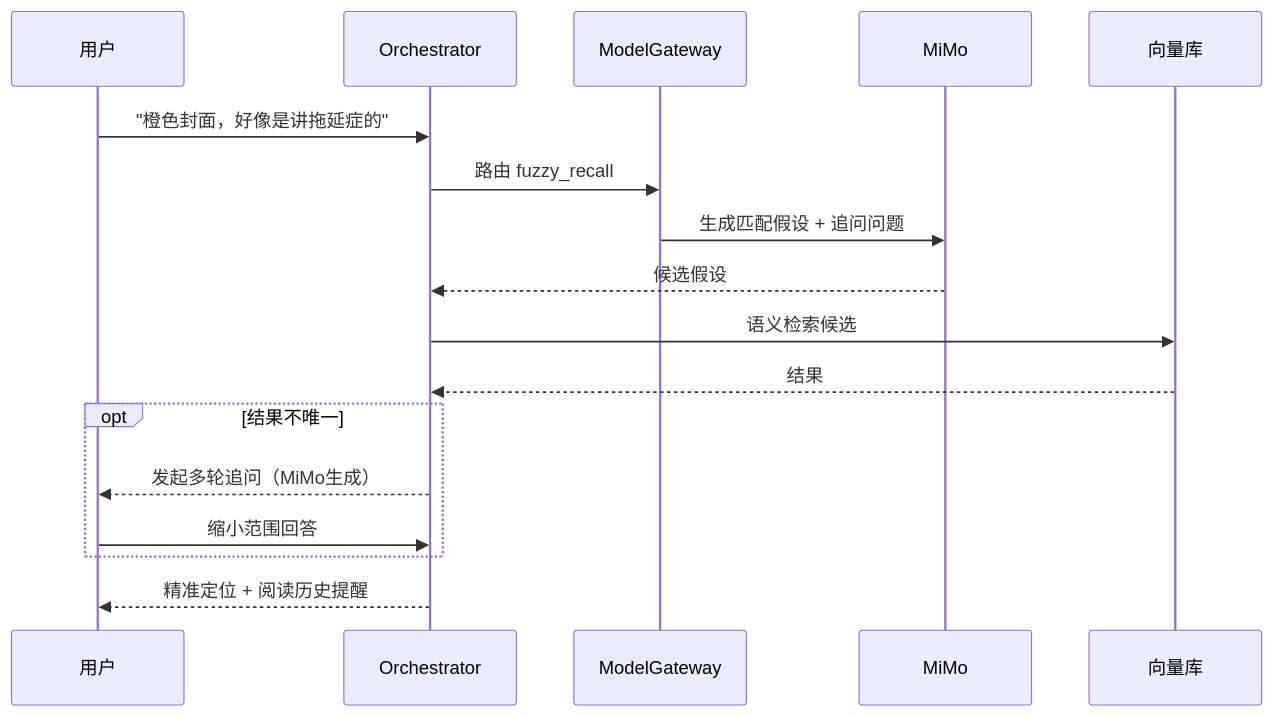
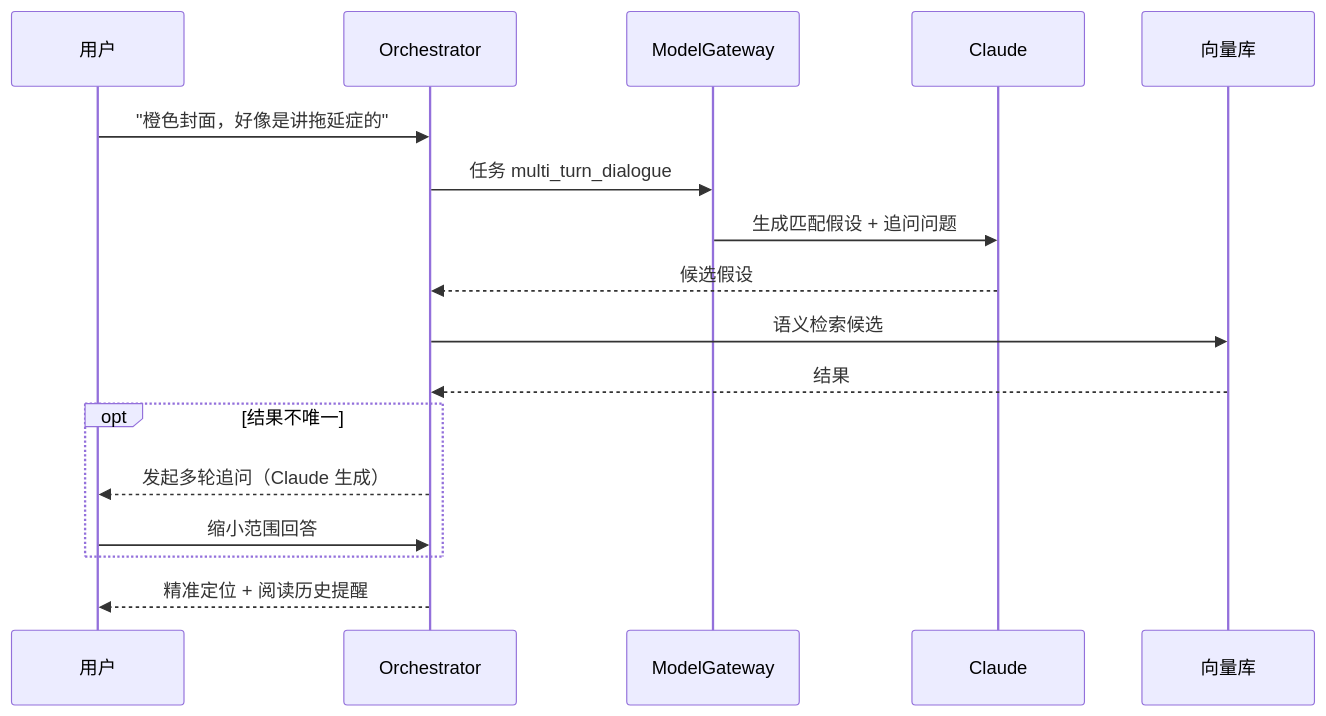
Before and after one commit to Curtainorange/knowledge-agent: the fourth of 8 diagrams in docs/系统设计文档.md, drawn with Mermaid. The commit also changed other lines of this file and 1 other file, not shown here.

First line of the commit message:
docs: 需求分析与系统设计改为单一 Claude 模型架构

````diff
--- a/docs/系统设计文档.md
+++ b/docs/系统设计文档.md
@@ -385,20 +381,20 @@
 ```mermaid
 sequenceDiagram
     participant U as 用户
     participant O as Orchestrator
     participant G as ModelGateway
-    participant M as MiMo
+    participant M as Claude
     participant V as 向量库
 
     U->>O: "橙色封面，好像是讲拖延症的"
-    O->>G: 路由 fuzzy_recall
+    O->>G: 任务 multi_turn_dialogue
     G->>M: 生成匹配假设 + 追问问题
     M-->>O: 候选假设
     O->>V: 语义检索候选
     V-->>O: 结果
     opt 结果不唯一
-        O-->>U: 发起多轮追问（MiMo生成）
+        O-->>U: 发起多轮追问（Claude 生成）
         U->>O: 缩小范围回答
     end
     O-->>U: 精准定位 + 阅读历史提醒
 ```
````
